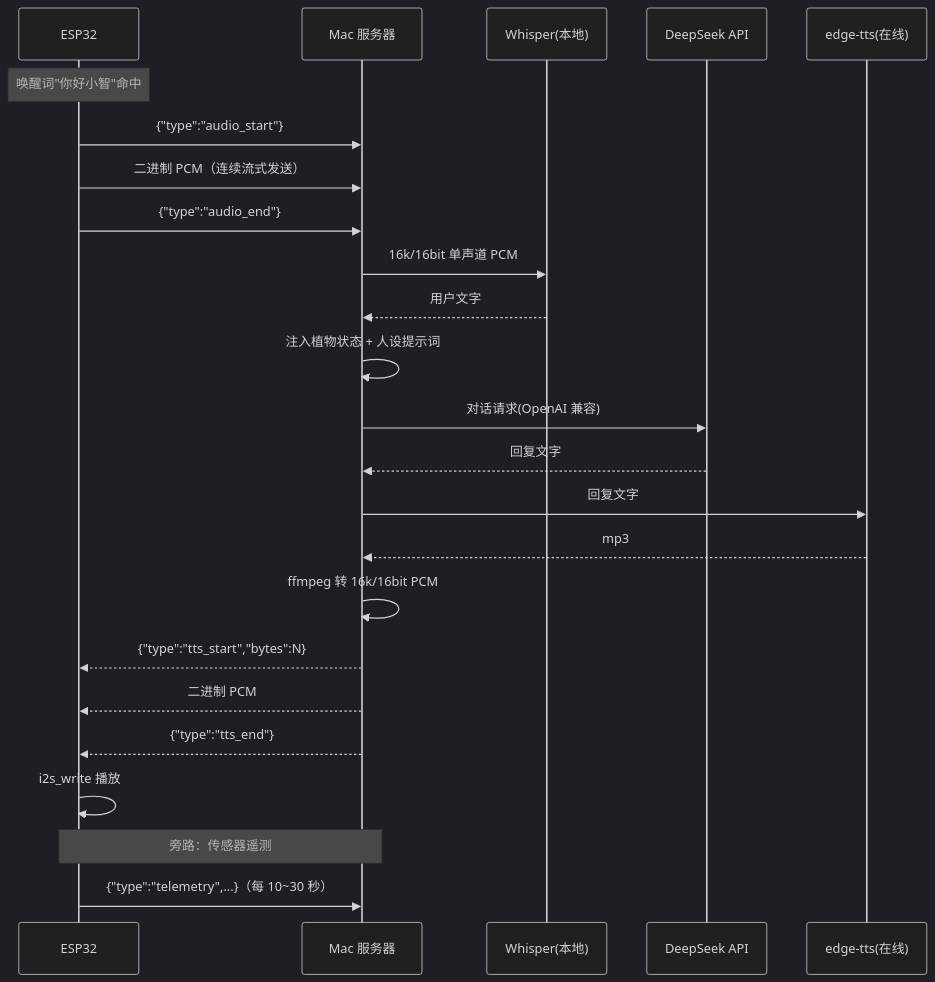
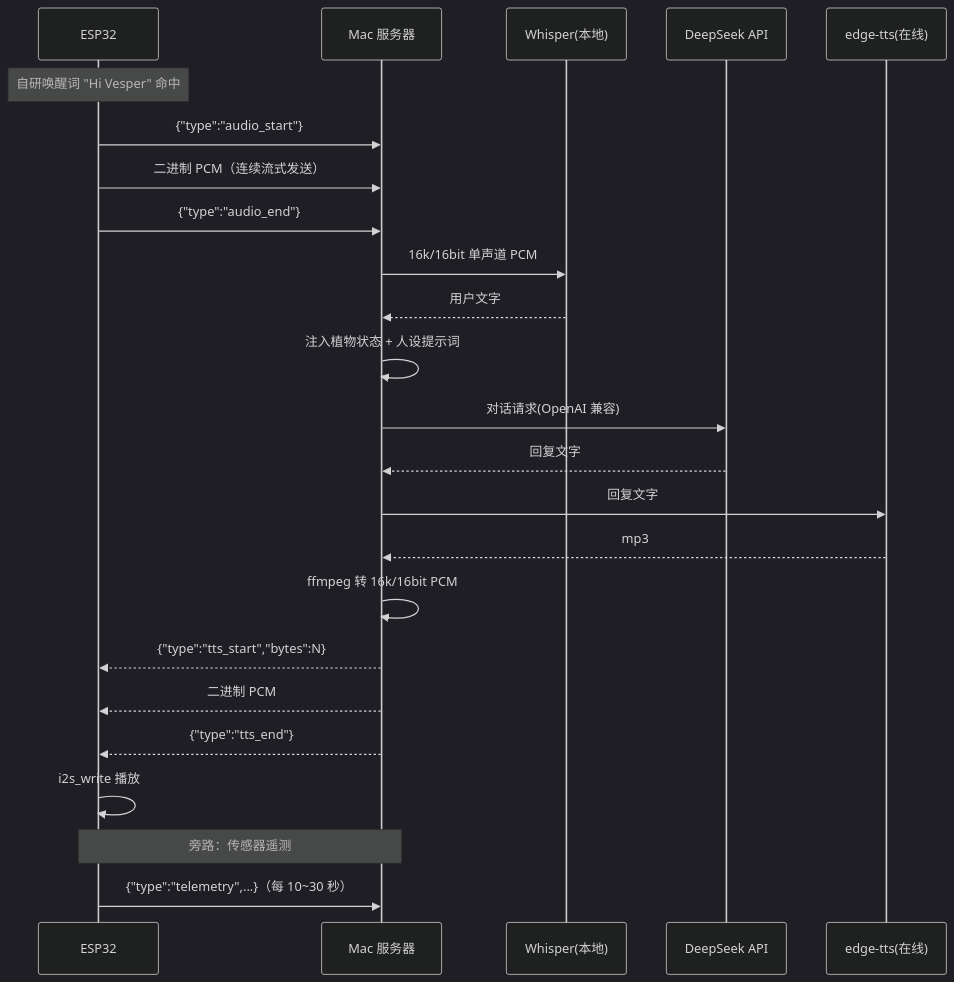
One commit to Hongzhen-Liang/Viora changed the diagram in README.md. Above: the diagram before and after it, drawn with Mermaid (dark theme). The commit also changed other lines of this file and 18 other files, not shown here.

````diff
--- a/README.md
+++ b/README.md
@@ -23,28 +23,28 @@
 ```mermaid
 sequenceDiagram
     participant E as ESP32
     participant S as Mac 服务器
     participant W as Whisper(本地)
     participant D as DeepSeek API
     participant T as edge-tts(在线)
 
-    Note over E: 唤醒词"你好小智"命中
+    Note over E: 自研唤醒词 "Hi Vesper" 命中
     E->>S: {"type":"audio_start"}
     E->>S: 二进制 PCM（连续流式发送）
     E->>S: {"type":"audio_end"}
     S->>W: 16k/16bit 单声道 PCM
     W-->>S: 用户文字
     S->>S: 注入植物状态 + 人设提示词
     S->>D: 对话请求(OpenAI 兼容)
     D-->>S: 回复文字
     S->>T: 回复文字
     T-->>S: mp3
     S->>S: ffmpeg 转 16k/16bit PCM
     S-->>E: {"type":"tts_start","bytes":N}
     S-->>E: 二进制 PCM
     S-->>E: {"type":"tts_end"}
     E->>E: i2s_write 播放
 
     Note over E,S: 旁路：传感器遥测
     E->>S: {"type":"telemetry",...}（每 10~30 秒）
 ```
````
